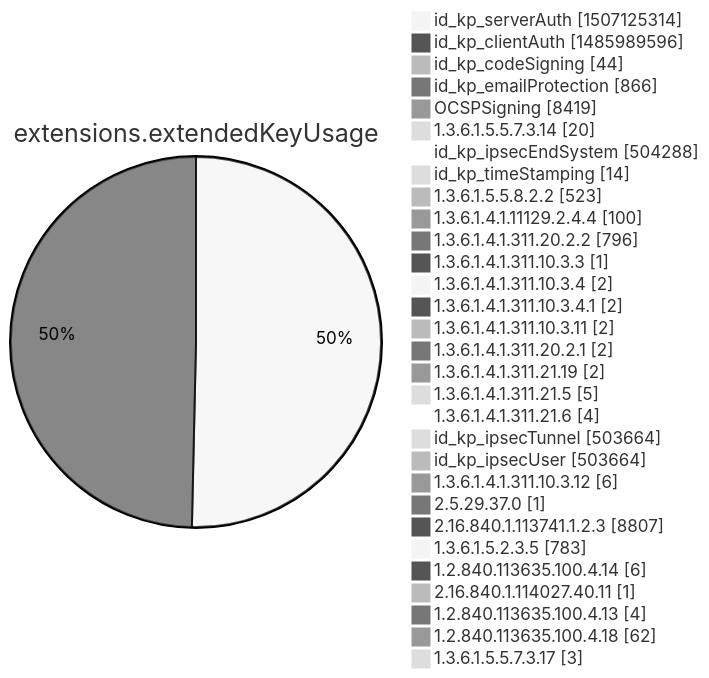
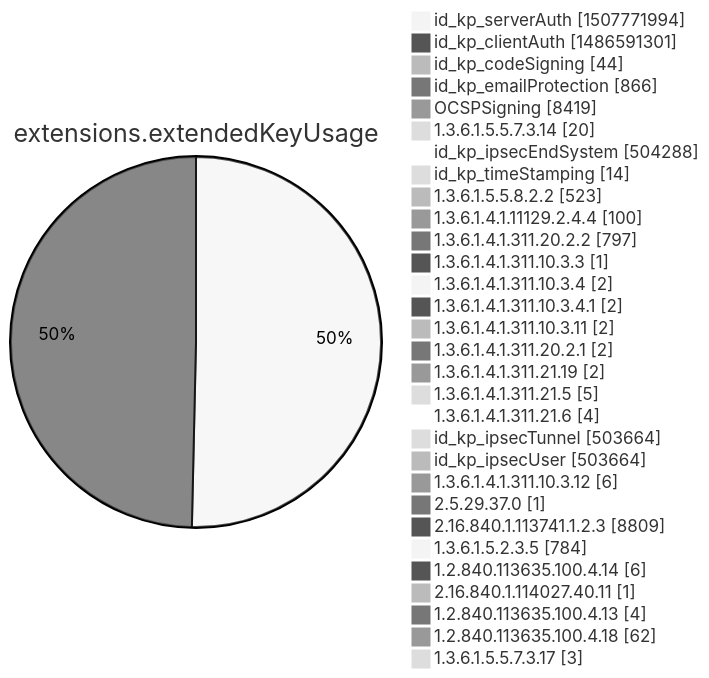
One commit to christiankrug/ctmonitor_visualization changed diagram 12 of 15 in argon2022/README.md. Above: the diagram before and after it, drawn with Mermaid (neutral theme). The commit also changed other lines of this file, not shown here.

````diff
--- a/argon2022/README.md
+++ b/argon2022/README.md
@@ -3555,34 +3555,34 @@
 ```mermaid
 pie showData
 title extensions.extendedKeyUsage
-"id_kp_serverAuth" :1507125314
-"id_kp_clientAuth" :1485989596
+"id_kp_serverAuth" :1507771994
+"id_kp_clientAuth" :1486591301
 "id_kp_codeSigning" :44
 "id_kp_emailProtection" :866
 "OCSPSigning" :8419
 "1.3.6.1.5.5.7.3.14" :20
 "id_kp_ipsecEndSystem" :504288
 "id_kp_timeStamping" :14
 "1.3.6.1.5.5.8.2.2" :523
 "1.3.6.1.4.1.11129.2.4.4" :100
-"1.3.6.1.4.1.311.20.2.2" :796
+"1.3.6.1.4.1.311.20.2.2" :797
 "1.3.6.1.4.1.311.10.3.3" :1
 "1.3.6.1.4.1.311.10.3.4" :2
 "1.3.6.1.4.1.311.10.3.4.1" :2
 "1.3.6.1.4.1.311.10.3.11" :2
 "1.3.6.1.4.1.311.20.2.1" :2
 "1.3.6.1.4.1.311.21.19" :2
 "1.3.6.1.4.1.311.21.5" :5
 "1.3.6.1.4.1.311.21.6" :4
 "id_kp_ipsecTunnel" :503664
 "id_kp_ipsecUser" :503664
 "1.3.6.1.4.1.311.10.3.12" :6
 "2.5.29.37.0" :1
-"2.16.840.1.113741.1.2.3" :8807
-"1.3.6.1.5.2.3.5" :783
+"2.16.840.1.113741.1.2.3" :8809
+"1.3.6.1.5.2.3.5" :784
 "1.2.840.113635.100.4.14" :6
 "2.16.840.1.114027.40.11" :1
 "1.2.840.113635.100.4.13" :4
 "1.2.840.113635.100.4.18" :62
 "1.3.6.1.5.5.7.3.17" :3
 ```
````
